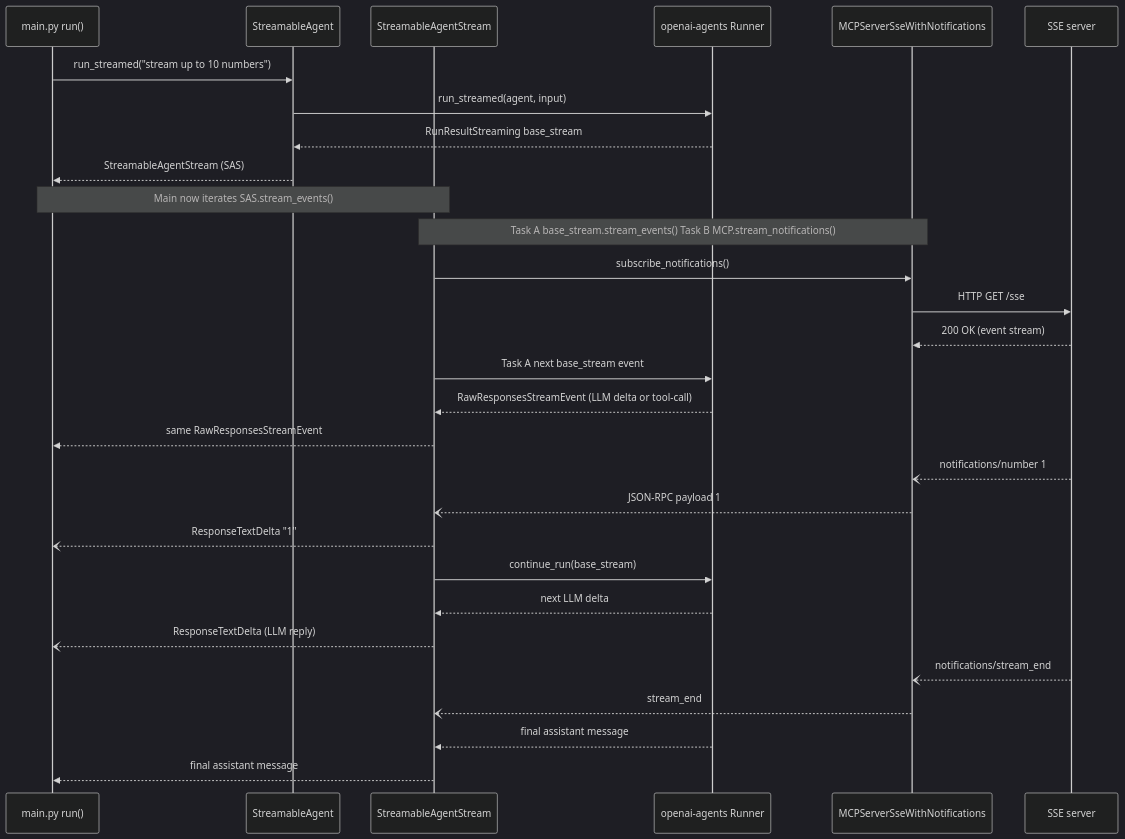
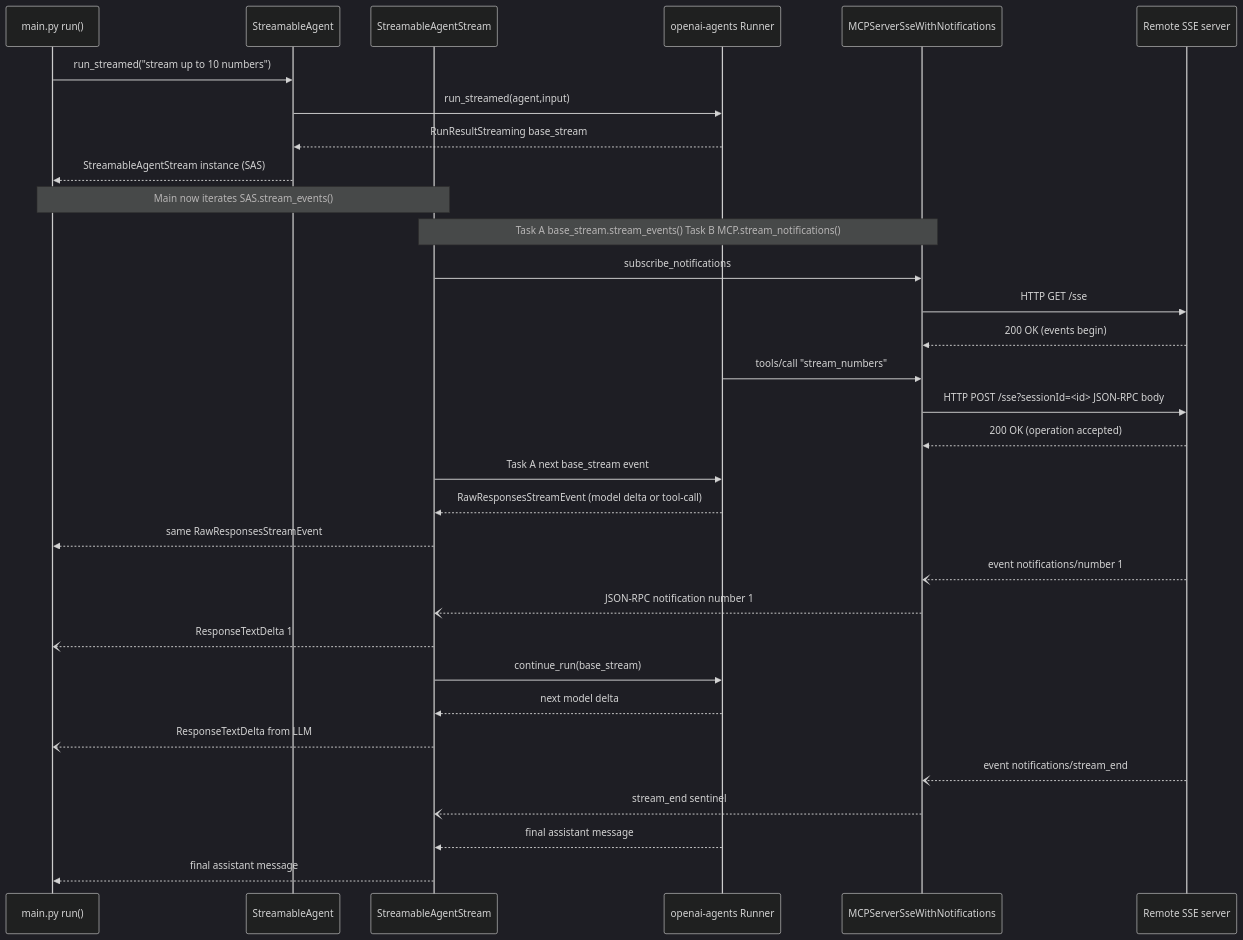
Before and after one commit to josephbharrison/streamable-mcp-client: the second of 2 diagrams in README.md, drawn with Mermaid (dark theme). The commit also changed 2 other files, not shown here.

Commit message:
improved seq diagram

````diff
--- a/README.md
+++ b/README.md
@@ -116,49 +116,53 @@
 ```mermaid
 sequenceDiagram
-    %% concrete classes / files
-    participant Main as main.py run()
-    participant SA as StreamableAgent
-    participant SAS as StreamableAgentStream
-    participant Runner as openai‑agents Runner
-    participant MCP as MCPServerSseWithNotifications
-    participant SSE as SSE server
+    %% concrete runtime objects
+    participant Main    as main.py run()
+    participant SA      as StreamableAgent
+    participant SAS     as StreamableAgentStream
+    participant Runner  as openai‑agents Runner
+    participant MCP     as MCPServerSseWithNotifications
+    participant SSE     as Remote SSE server
 
-    %% 1. construction
-    Main ->> SA: run_streamed("stream up to 10 numbers")
-    SA   ->> Runner: run_streamed(agent, input)
-    Runner -->> SA: RunResultStreaming base_stream
-    SA  -->> Main: StreamableAgentStream (SAS)
-
+    %% 1 construction and first call
+    Main  ->> SA      : run_streamed("stream up to 10 numbers")
+    SA    ->> Runner  : run_streamed(agent,input)
+    Runner-->> SA      : RunResultStreaming base_stream
+    SA    -->> Main    : StreamableAgentStream instance (SAS)
     Note over Main,SAS: Main now iterates SAS.stream_events()
 
-    %% 2. SAS starts two async tasks
-    Note over SAS,MCP: Task A base_stream.stream_events()  Task B MCP.stream_notifications()
+    %% 2 background tasks inside SAS
+    Note over SAS,MCP: Task A base_stream.stream_events()  Task B MCP.stream_notifications()
 
-    %% 2b. MCP opens the SSE channel
-    SAS ->> MCP: subscribe_notifications()
-    MCP ->> SSE: HTTP GET /sse
-    SSE -->> MCP: 200 OK (event stream)
+    %% 2b open SSE channel for notifications
+    SAS   ->> MCP     : subscribe_notifications
+    MCP   ->> SSE     : HTTP GET /sse
+    SSE  -->> MCP     : 200 OK (events begin)
 
-    %% 3A. normal agent streaming
-    SAS ->> Runner: Task A next base_stream event
-    Runner -->> SAS: RawResponsesStreamEvent (LLM delta or tool‑call)
-    SAS -->> Main: same RawResponsesStreamEvent
+    %% 2c legacy tool call via POST
+    Runner->> MCP     : tools/call "stream_numbers"
+    MCP   ->> SSE     : HTTP POST /sse?sessionId=<id>  JSON‑RPC body
+    SSE  -->> MCP     : 200 OK (operation accepted)
 
-    %% 3B. notification streaming
-    SSE --) MCP: notifications/number 1
-    MCP --) SAS: JSON‑RPC payload 1
-    SAS --) Main: ResponseTextDelta "1"
+    %% 3A normal model deltas
+    SAS   ->> Runner  : Task A next base_stream event
+    Runner-->> SAS     : RawResponsesStreamEvent (model delta or tool‑call)
+    SAS   -->> Main    : same RawResponsesStreamEvent
 
-    %% 4. commit chunk and advance agent
-    SAS ->> Runner: continue_run(base_stream)
-    Runner -->> SAS: next LLM delta
-    SAS --) Main: ResponseTextDelta (LLM reply)
+    %% 3B notifications from SSE stream
+    SSE  --) MCP      : event notifications/number 1
+    MCP  --) SAS      : JSON‑RPC notification number 1
+    SAS  --) Main     : ResponseTextDelta 1
 
-    %% …numbers 2‑10 handled the same way…
+    %% 4 commit chunk then advance agent one step
+    SAS   ->> Runner  : continue_run(base_stream)
+    Runner-->> SAS     : next model delta
+    SAS  --) Main     : ResponseTextDelta from LLM
 
-    %% 5. stream ends
-    SSE --) MCP: notifications/stream_end
-    MCP --) SAS: stream_end
-    Runner -->> SAS: final assistant message
-    SAS -->> Main: final assistant message
+    %% … numbers 2 through 10 follow the same 3B and 4 cycle …
+
+    %% 5 server closes the stream
+    SSE  --) MCP      : event notifications/stream_end
+    MCP  --) SAS      : stream_end sentinel
+    Runner-->> SAS     : final assistant message
+    SAS   -->> Main    : final assistant message
 ```
````
